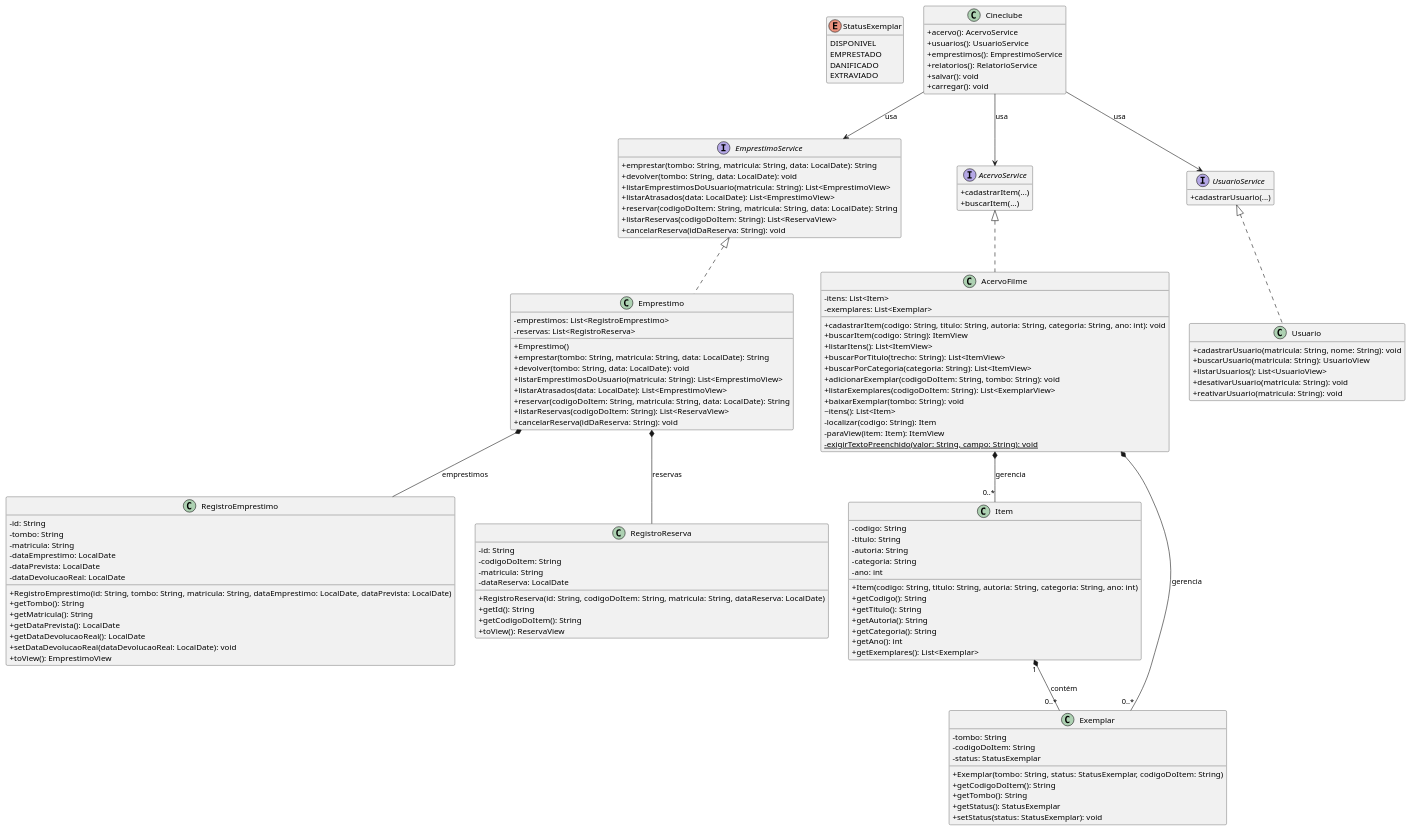
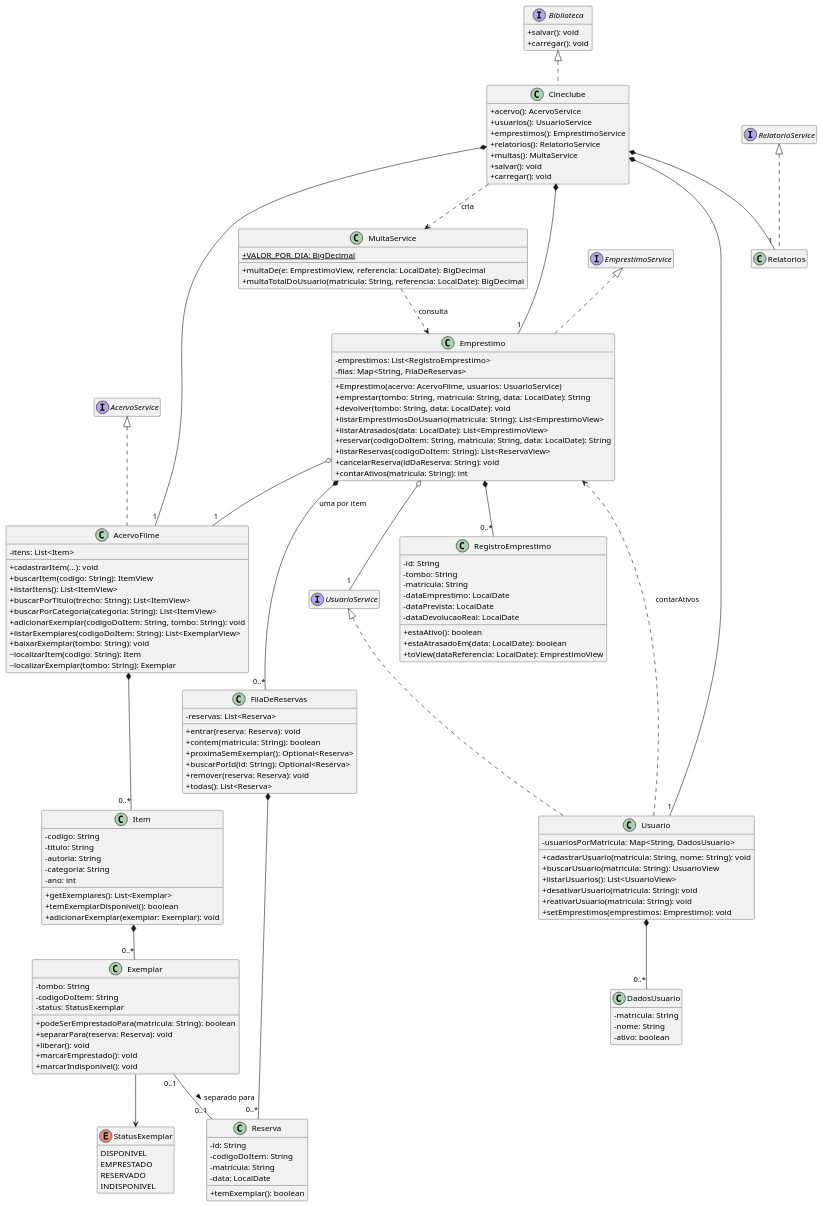
Before and after one commit to poo-dcx-2026-2/Alta-Cupula: the diagram in docs/modelo.puml, drawn with PlantUML. The commit also changed 1 other file, not shown here.

Commit message:
docs: decisões de projeto e modelo UML atualizado

```diff
--- a/docs/modelo.puml
+++ b/docs/modelo.puml
@@ -1,156 +1,166 @@
 @startuml
-' Modelo de domínio do sistema: Entrega 1.
-'
-' Este arquivo é o ponto de partida. Substitua pelo modelo da sua equipe.
-' O diagrama precisa corresponder ao código entregue.
-'
-' Para gerar a imagem: instale o plugin PlantUML no IntelliJ, ou use
-'   plantuml docs/modelo.puml
-' e versione a imagem gerada ao lado deste arquivo.
+' Modelo de domínio do sistema: Entrega 2.
+' Corresponde ao código do pacote filme/.
 
 hide empty members
 skinparam classAttributeIconSize 0
 skinparam defaultTextAlignment center
 
 enum StatusExemplar {
     DISPONIVEL
     EMPRESTADO
-    DANIFICADO
-    EXTRAVIADO
+    RESERVADO
+    INDISPONIVEL
 }
 
-interface EmprestimoService {
-    + emprestar(tombo: String, matricula: String, data: LocalDate): String
-    + devolver(tombo: String, data: LocalDate): void
-    + listarEmprestimosDoUsuario(matricula: String): List<EmprestimoView>
-    + listarAtrasados(data: LocalDate): List<EmprestimoView>
-    + reservar(codigoDoItem: String, matricula: String, data: LocalDate): String
-    + listarReservas(codigoDoItem: String): List<ReservaView>
-    + cancelarReserva(idDaReserva: String): void
+interface Biblioteca {
+    + salvar(): void
+    + carregar(): void
 }
-
-interface AcervoService {
-    + cadastrarItem(...)
-    + buscarItem(...)
-}
-
-interface UsuarioService {
-    + cadastrarUsuario(...)
-}
+interface AcervoService
+interface UsuarioService
+interface EmprestimoService
+interface RelatorioService
 
 class Cineclube {
     + acervo(): AcervoService
     + usuarios(): UsuarioService
     + emprestimos(): EmprestimoService
     + relatorios(): RelatorioService
+    + multas(): MultaService
     + salvar(): void
     + carregar(): void
 }
 
 class Item {
     - codigo: String
     - titulo: String
     - autoria: String
     - categoria: String
     - ano: int
-    + Item(codigo: String, titulo: String, autoria: String, categoria: String, ano: int)
-    + getCodigo(): String
-    + getTitulo(): String
-    + getAutoria(): String
-    + getCategoria(): String
-    + getAno(): int
     + getExemplares(): List<Exemplar>
+    + temExemplarDisponivel(): boolean
+    + adicionarExemplar(exemplar: Exemplar): void
 }
 
 class Exemplar {
     - tombo: String
     - codigoDoItem: String
     - status: StatusExemplar
-    + Exemplar(tombo: String, status: StatusExemplar, codigoDoItem: String)
-    + getCodigoDoItem(): String
-    + getTombo(): String
-    + getStatus(): StatusExemplar
-    + setStatus(status: StatusExemplar): void
+    + podeSerEmprestadoPara(matricula: String): boolean
+    + separarPara(reserva: Reserva): void
+    + liberar(): void
+    + marcarEmprestado(): void
+    + marcarIndisponivel(): void
+}
+
+class Reserva {
+    - id: String
+    - codigoDoItem: String
+    - matricula: String
+    - data: LocalDate
+    + temExemplar(): boolean
+}
+
+class FilaDeReservas {
+    - reservas: List<Reserva>
+    + entrar(reserva: Reserva): void
+    + contem(matricula: String): boolean
+    + proximaSemExemplar(): Optional<Reserva>
+    + buscarPorId(id: String): Optional<Reserva>
+    + remover(reserva: Reserva): void
+    + todas(): List<Reserva>
 }
 
 class AcervoFilme {
     - itens: List<Item>
-    - exemplares: List<Exemplar>
-    + cadastrarItem(codigo: String, titulo: String, autoria: String, categoria: String, ano: int): void
+    + cadastrarItem(...): void
     + buscarItem(codigo: String): ItemView
     + listarItens(): List<ItemView>
     + buscarPorTitulo(trecho: String): List<ItemView>
     + buscarPorCategoria(categoria: String): List<ItemView>
     + adicionarExemplar(codigoDoItem: String, tombo: String): void
     + listarExemplares(codigoDoItem: String): List<ExemplarView>
     + baixarExemplar(tombo: String): void
-    ~ itens(): List<Item>
-    - localizar(codigo: String): Item
-    - paraView(item: Item): ItemView
-    {static} - exigirTextoPreenchido(valor: String, campo: String): void
+    ~ localizarItem(codigo: String): Item
+    ~ localizarExemplar(tombo: String): Exemplar
 }
 
 class Usuario {
+    - usuariosPorMatricula: Map<String, DadosUsuario>
     + cadastrarUsuario(matricula: String, nome: String): void
     + buscarUsuario(matricula: String): UsuarioView
     + listarUsuarios(): List<UsuarioView>
     + desativarUsuario(matricula: String): void
     + reativarUsuario(matricula: String): void
+    + setEmprestimos(emprestimos: Emprestimo): void
+}
+
+class DadosUsuario {
+    - matricula: String
+    - nome: String
+    - ativo: boolean
 }
 
 class Emprestimo {
     - emprestimos: List<RegistroEmprestimo>
-    - reservas: List<RegistroReserva>
-    + Emprestimo()
+    - filas: Map<String, FilaDeReservas>
+    + Emprestimo(acervo: AcervoFilme, usuarios: UsuarioService)
     + emprestar(tombo: String, matricula: String, data: LocalDate): String
     + devolver(tombo: String, data: LocalDate): void
     + listarEmprestimosDoUsuario(matricula: String): List<EmprestimoView>
     + listarAtrasados(data: LocalDate): List<EmprestimoView>
     + reservar(codigoDoItem: String, matricula: String, data: LocalDate): String
     + listarReservas(codigoDoItem: String): List<ReservaView>
     + cancelarReserva(idDaReserva: String): void
+    + contarAtivos(matricula: String): int
 }
 
 class RegistroEmprestimo {
     - id: String
     - tombo: String
     - matricula: String
     - dataEmprestimo: LocalDate
     - dataPrevista: LocalDate
     - dataDevolucaoReal: LocalDate
-    + RegistroEmprestimo(id: String, tombo: String, matricula: String, dataEmprestimo: LocalDate, dataPrevista: LocalDate)
-    + getTombo(): String
-    + getMatricula(): String
-    + getDataPrevista(): LocalDate
-    + getDataDevolucaoReal(): LocalDate
-    + setDataDevolucaoReal(dataDevolucaoReal: LocalDate): void
-    + toView(): EmprestimoView
+    + estaAtivo(): boolean
+    + estaAtrasadoEm(data: LocalDate): boolean
+    + toView(dataReferencia: LocalDate): EmprestimoView
 }
 
-class RegistroReserva {
-    - id: String
-    - codigoDoItem: String
-    - matricula: String
-    - dataReserva: LocalDate
-    + RegistroReserva(id: String, codigoDoItem: String, matricula: String, dataReserva: LocalDate)
-    + getId(): String
-    + getCodigoDoItem(): String
-    + toView(): ReservaView
+class MultaService {
+    {static} + VALOR_POR_DIA: BigDecimal
+    + multaDe(e: EmprestimoView, referencia: LocalDate): BigDecimal
+    + multaTotalDoUsuario(matricula: String, referencia: LocalDate): BigDecimal
 }
 
-EmprestimoService <|.. Emprestimo
+class Relatorios
+
+Biblioteca <|.. Cineclube
 AcervoService <|.. AcervoFilme
 UsuarioService <|.. Usuario
+EmprestimoService <|.. Emprestimo
+RelatorioService <|.. Relatorios
 
-Emprestimo *-- RegistroEmprestimo : "emprestimos"
-Emprestimo *-- RegistroReserva : "reservas"
+Cineclube *-- "1" AcervoFilme
+Cineclube *-- "1" Usuario
+Cineclube *-- "1" Emprestimo
+Cineclube *-- "1" Relatorios
 
-AcervoFilme *-- "0..*" Item : "gerencia"
-AcervoFilme *-- "0..*" Exemplar : "gerencia"
-Item "1" *-- "0..*" Exemplar : "contém"
+AcervoFilme *-- "0..*" Item
+Item *-- "0..*" Exemplar
+Exemplar --> StatusExemplar
+Exemplar "0..1" -- "0..1" Reserva : separado para >
 
-Cineclube --> AcervoService : "usa"
-Cineclube --> UsuarioService : "usa"
-Cineclube --> EmprestimoService : "usa"
+Usuario *-- "0..*" DadosUsuario
+Usuario ..> Emprestimo : contarAtivos
 
+Emprestimo o-- "1" AcervoFilme
+Emprestimo o-- "1" UsuarioService
+Emprestimo *-- "0..*" RegistroEmprestimo
+Emprestimo *-- "0..*" FilaDeReservas : uma por item
+FilaDeReservas *-- "0..*" Reserva
+
+MultaService ..> Emprestimo : consulta
+Cineclube ..> MultaService : cria
 @enduml
```
